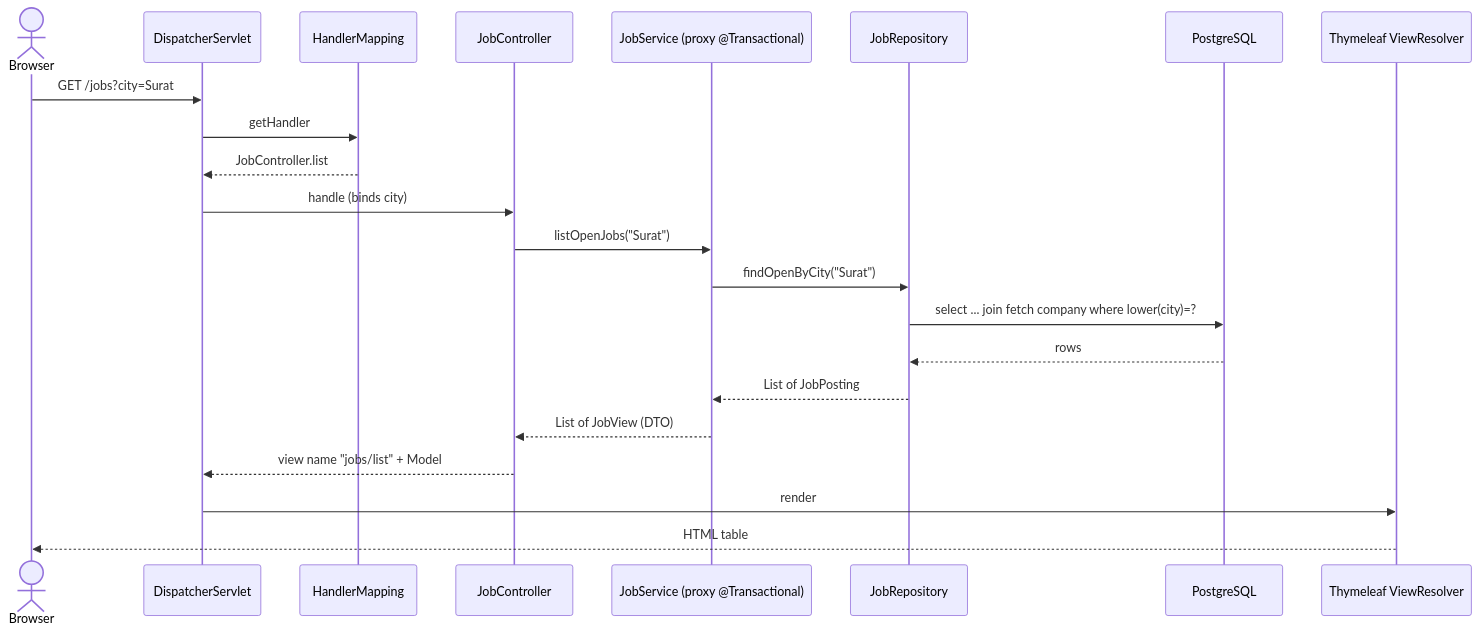
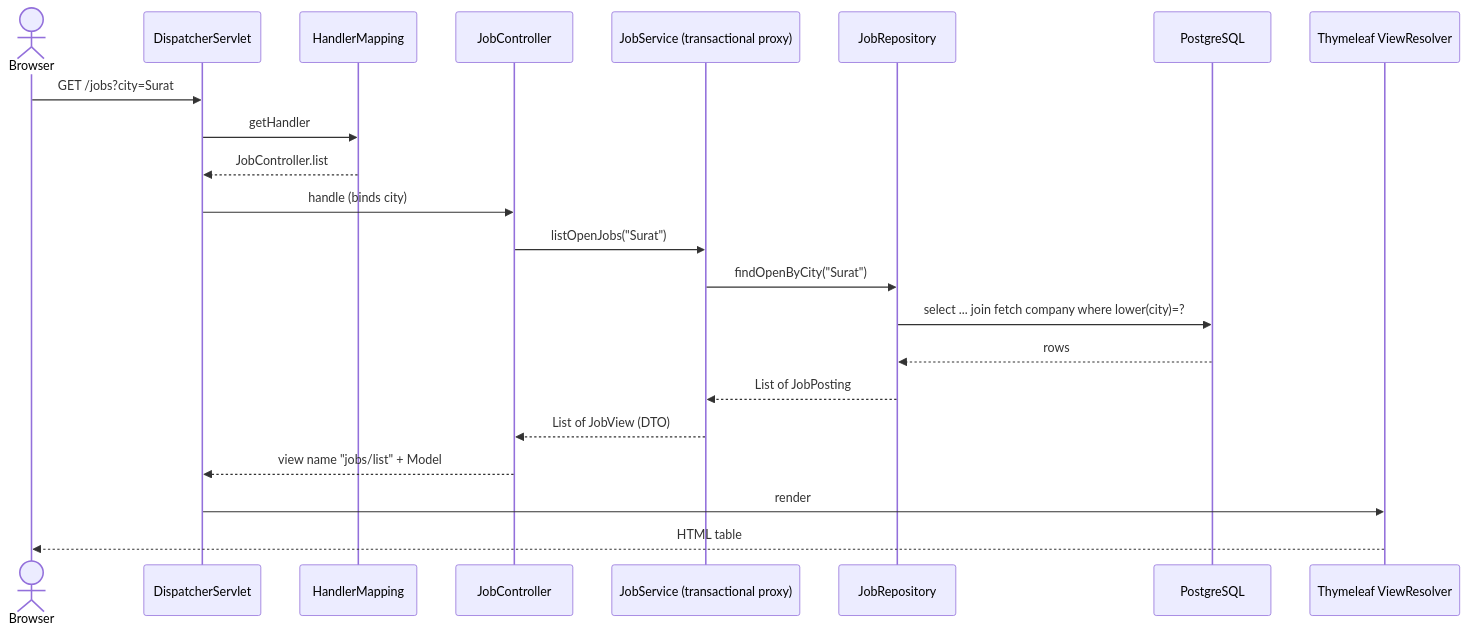
Before and after one commit to prajapatirv/placement-portal-springmvc-hibernate: the second of 9 diagrams in docs/03-architecture-and-flows.md, drawn with Mermaid. The commit also changed other lines of this file, not shown here.

First line of the commit message:
Fix Mermaid diagrams that GitHub could not render

````diff
--- a/docs/03-architecture-and-flows.md
+++ b/docs/03-architecture-and-flows.md
@@ -47,25 +47,25 @@
 ```mermaid
 sequenceDiagram
     actor U as Browser
     participant DS as DispatcherServlet
     participant HM as HandlerMapping
     participant C as JobController
-    participant S as JobService (proxy @Transactional)
+    participant S as JobService (transactional proxy)
     participant R as JobRepository
     participant DB as PostgreSQL
     participant VR as Thymeleaf ViewResolver
 
     U->>DS: GET /jobs?city=Surat
     DS->>HM: getHandler
     HM-->>DS: JobController.list
     DS->>C: handle (binds city)
     C->>S: listOpenJobs("Surat")
     S->>R: findOpenByCity("Surat")
     R->>DB: select ... join fetch company where lower(city)=?
     DB-->>R: rows
     R-->>S: List of JobPosting
     S-->>C: List of JobView (DTO)
     C-->>DS: view name "jobs/list" + Model
     DS->>VR: render
     VR-->>U: HTML table
 ```
````
